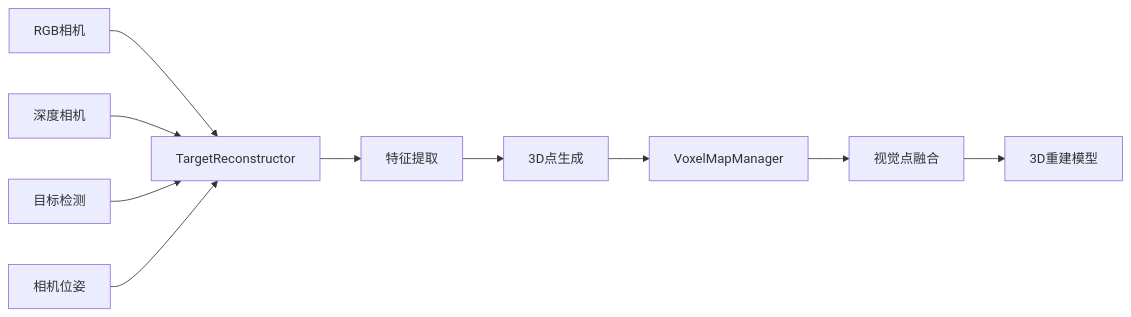
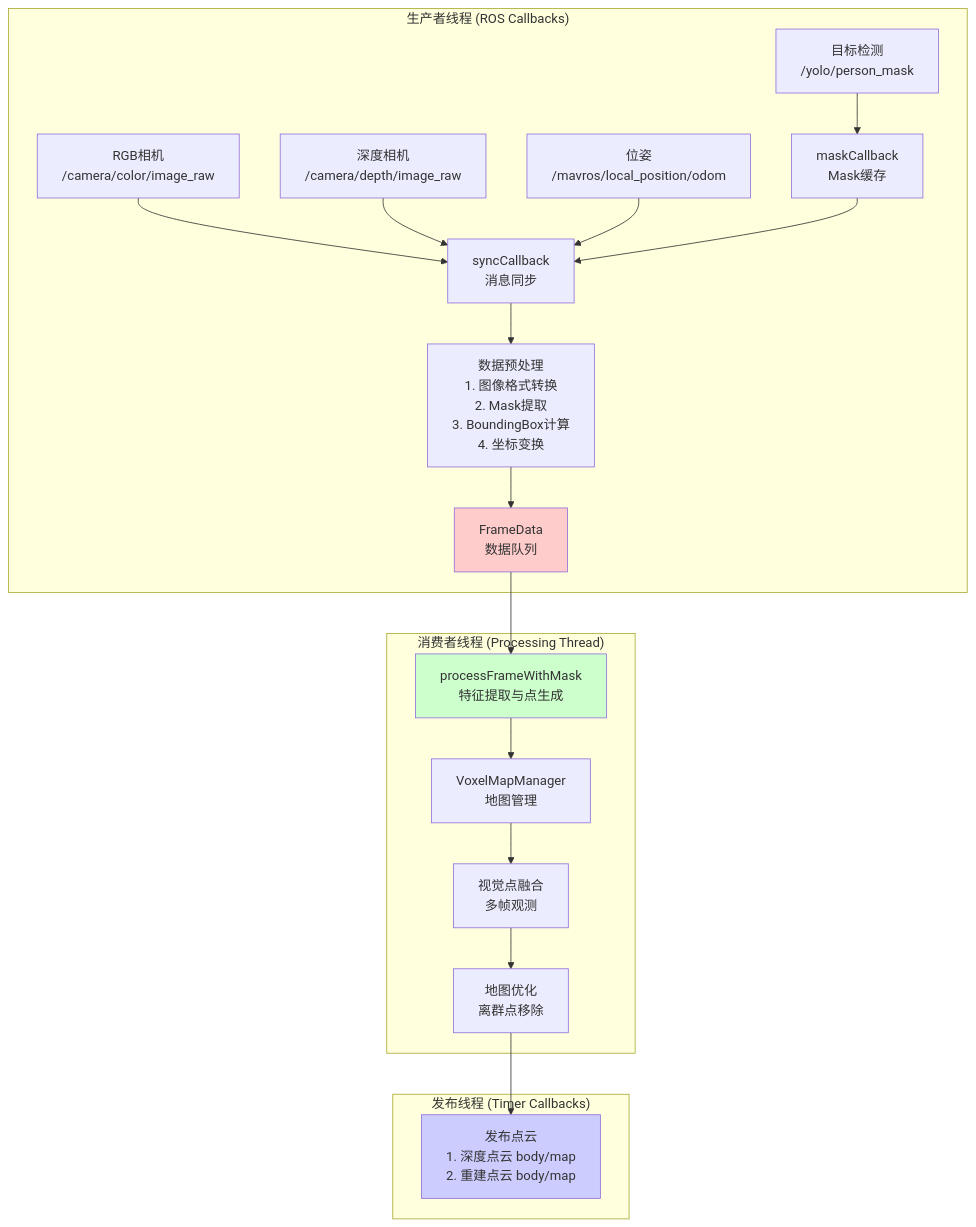
Before and after one commit to WHDworld/target_restruction: the first of 5 diagrams in README.md, drawn with Mermaid. The commit also changed other lines of this file, not shown here.

First line of the commit message:
Update README: Add producer-consumer architecture documentation

````diff
--- a/README.md
+++ b/README.md
@@ -27,12 +27,28 @@
 ```mermaid
-graph LR
-    A[RGB相机] --> E[TargetReconstructor]
-    B[深度相机] --> E
-    C[目标检测] --> E
-    D[相机位姿] --> E
-    E --> F[特征提取]
-    F --> G[3D点生成]
-    G --> H[VoxelMapManager]
-    H --> I[视觉点融合]
-    I --> J[3D重建模型]
+graph TB
+    subgraph "生产者线程 (ROS Callbacks)"
+        A[RGB相机<br/>/camera/color/image_raw] --> S[syncCallback<br/>消息同步]
+        B[深度相机<br/>/camera/depth/image_raw] --> S
+        C[目标检测<br/>/yolo/person_mask] --> M[maskCallback<br/>Mask缓存]
+        D[位姿<br/>/mavros/local_position/odom] --> S
+        
+        M --> S
+        S --> E[数据预处理<br/>1. 图像格式转换<br/>2. Mask提取<br/>3. BoundingBox计算<br/>4. 坐标变换]
+        E --> F[FrameData<br/>数据队列]
+    end
+    
+    subgraph "消费者线程 (Processing Thread)"
+        F --> G[processFrameWithMask<br/>特征提取与点生成]
+        G --> H[VoxelMapManager<br/>地图管理]
+        H --> I[视觉点融合<br/>多帧观测]
+        I --> J[地图优化<br/>离群点移除]
+    end
+    
+    subgraph "发布线程 (Timer Callbacks)"
+        J --> K[发布点云<br/>1. 深度点云 body/map<br/>2. 重建点云 body/map]
+    end
+    
+    style F fill:#ffcccc
+    style G fill:#ccffcc
+    style K fill:#ccccff
 ```
````
